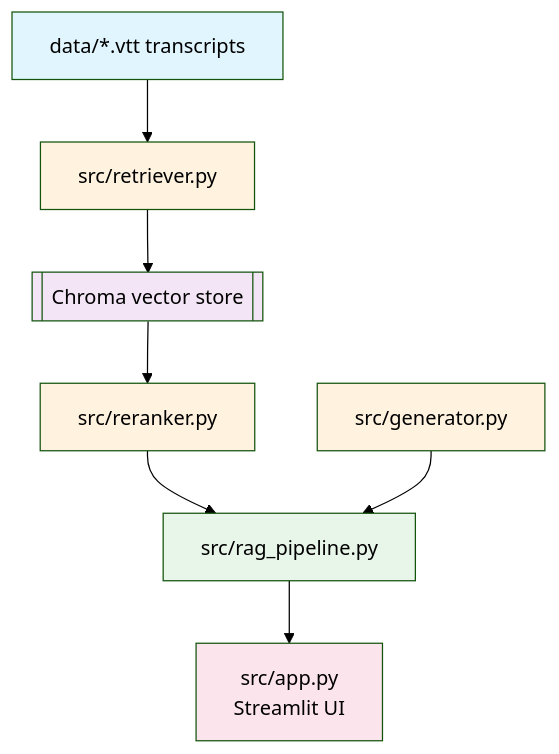
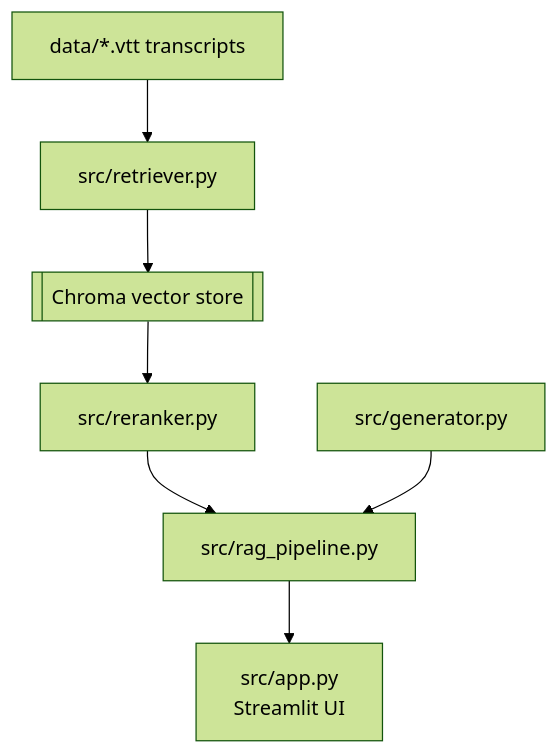
Before and after one commit to srummanf/RAG-Eval-Suite-Using-DeepEval: the first of 5 diagrams in README.md, drawn with Mermaid (forest theme). The commit also changed other lines of this file, not shown here.

````diff
--- a/README.md
+++ b/README.md
@@ -136,17 +136,9 @@
 ```mermaid
 flowchart TD
     D["data/*.vtt transcripts"] --> R["src/retriever.py"]
     R --> C[["Chroma vector store"]]
     C --> RR["src/reranker.py"]
     RR --> P["src/rag_pipeline.py"]
     G["src/generator.py"] --> P
     P --> UI["src/app.py<br/>Streamlit UI"]
-  
-    style D fill:#e1f5ff
-    style R fill:#fff3e0
-    style C fill:#f3e5f5
-    style RR fill:#fff3e0
-    style P fill:#e8f5e9
-    style G fill:#fff3e0
-    style UI fill:#fce4ec
 ```
````
